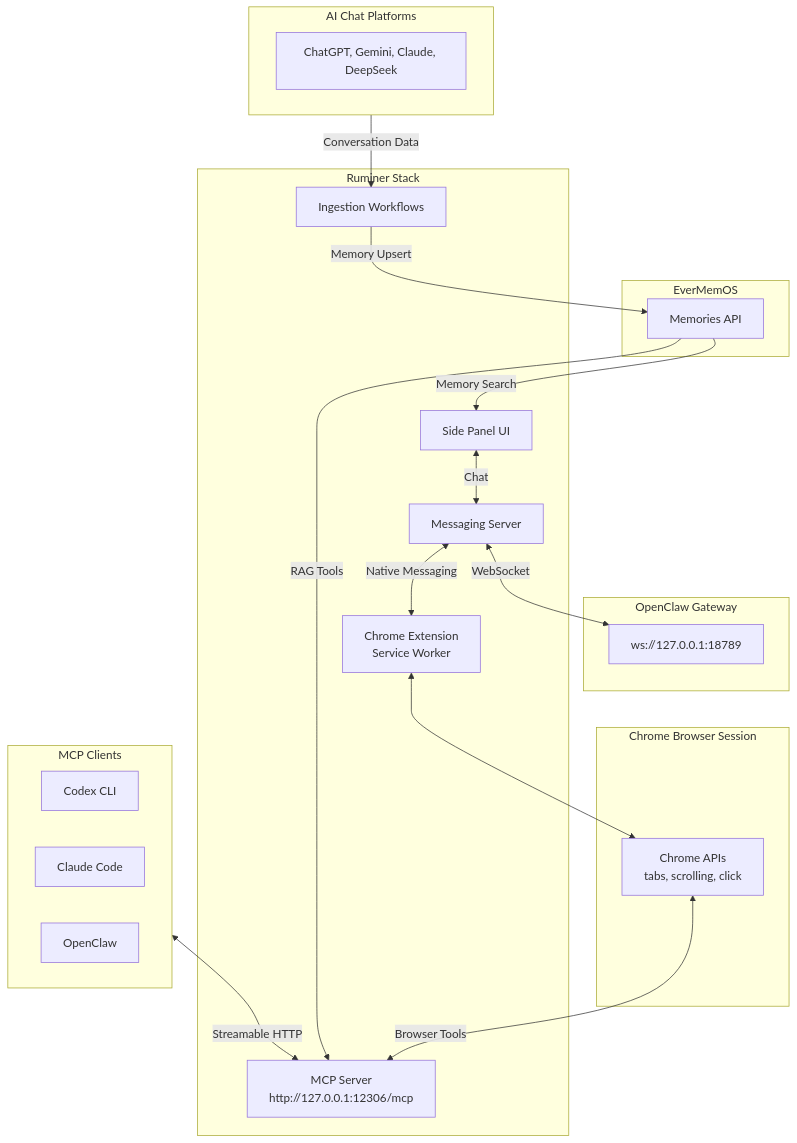
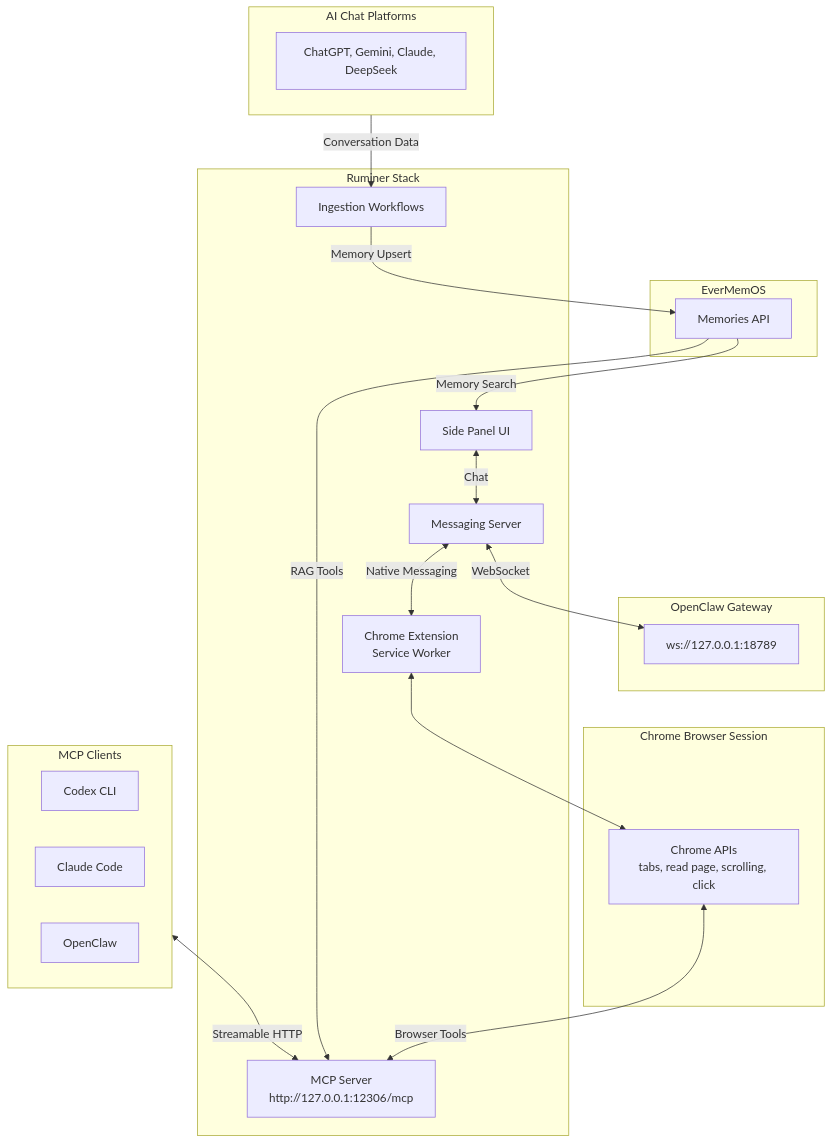
The diagram in README.md (casterkay/ruminer-browser-agent), drawn with Mermaid before and after one commit. The commit also changed other lines of this file, not shown here.

Commit message:
refactor: reorganize README content for clarity and consistency; update system architecture description

````diff
--- a/README.md
+++ b/README.md
@@ -31,47 +21,47 @@
 ```mermaid
 flowchart TB
     subgraph MCP_Clients[MCP Clients]
         Codex[Codex CLI]
         ClaudeCode[Claude Code]
         OpenClawPlugin[OpenClaw]
     end
 
     subgraph OpenClaw[OpenClaw Gateway]
         Gateway[ws://127.0.0.1:18789]
     end
 
     subgraph Ruminer[Ruminer Stack]
         NativeServer[Messaging Server]
         McpServer[MCP Server<br/>http://127.0.0.1:12306/mcp]
         Extension[Chrome Extension<br/>Service Worker]
         Sidepanel[Side Panel UI]
         Workflows[Ingestion Workflows]
     end
 
     subgraph Chrome[Chrome Browser Session]
-        APIs[Chrome APIs<br/>tabs, scrolling, click]
+        APIs[Chrome APIs<br/>tabs, read page, scrolling, click]
     end
 
     subgraph Memory[EverMemOS]
         EMOS[Memories API]
     end
 
     subgraph AIPlatforms[AI Chat Platforms]
         ChatPlatforms[ChatGPT, Gemini, Claude, DeepSeek]
     end
 
     MCP_Clients <-->|"Streamable HTTP"| McpServer
     APIs <-->|"Browser Tools"| McpServer
     EMOS -->|"RAG Tools"| McpServer
 
     NativeServer <-->|"Native Messaging"| Extension
     Extension <--> APIs
 
     Sidepanel <-->|"Chat"| NativeServer
     NativeServer <-->|"WebSocket"| Gateway
 
     Workflows -->|"Memory Upsert"| EMOS
     EMOS -->|"Memory Search"| Sidepanel
 
     AIPlatforms -->|"Conversation Data"| Workflows
 ```
````
